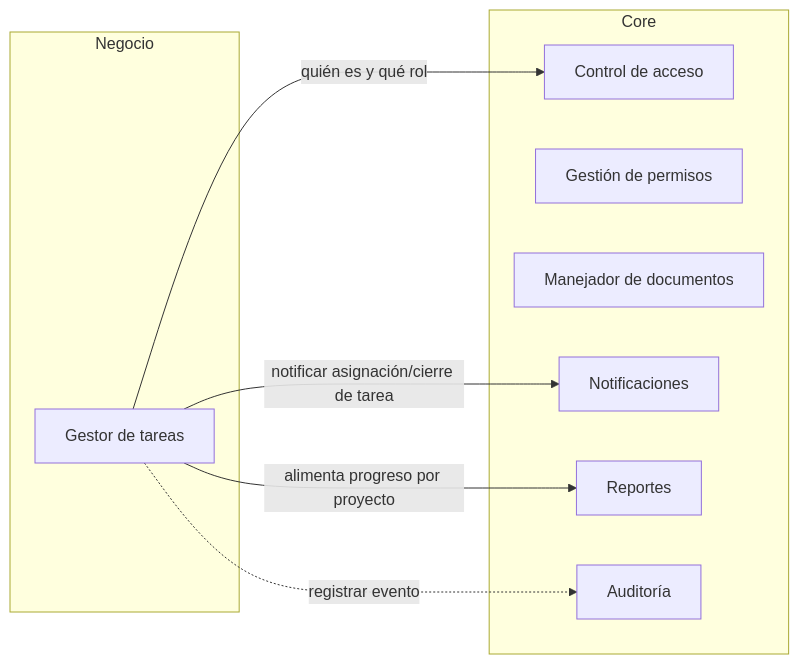
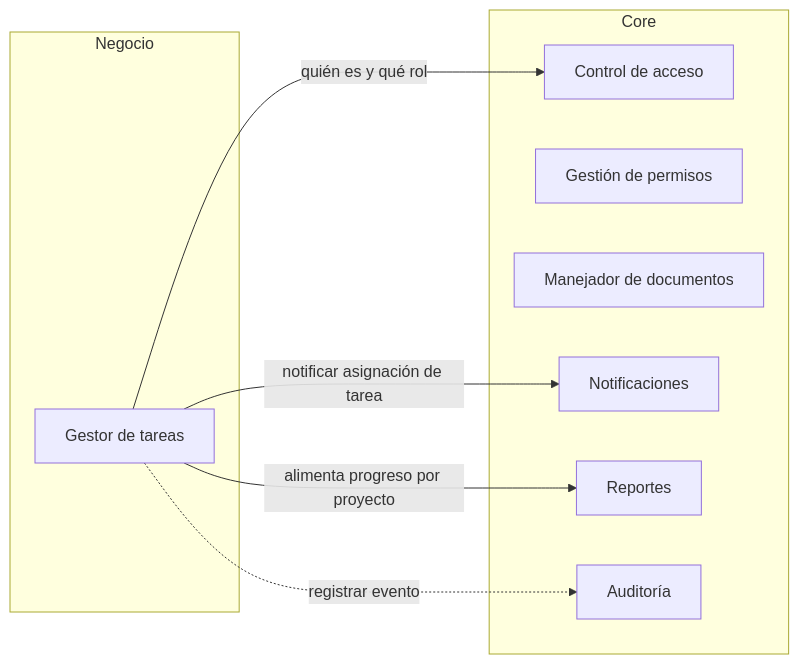
Before and after one commit to ambar-c/GestorTareasP3: the first of 2 diagrams in README.md, drawn with Mermaid. The commit also changed other lines of this file, not shown here.

````diff
--- a/README.md
+++ b/README.md
@@ -5,18 +5,18 @@
 ```mermaid
 flowchart LR
   subgraph Core
     ACC[Control de acceso]
     PERM[Gestión de permisos]
     DOC[Manejador de documentos]
     NOTI[Notificaciones]
     REP[Reportes]
     AUD[Auditoría]
   end
   subgraph Negocio
     GT[Gestor de tareas]
   end
   GT -->|quién es y qué rol| ACC
-  GT -->|notificar asignación/cierre de tarea| NOTI
+  GT -->|notificar asignación de tarea| NOTI
   GT -->|alimenta progreso por proyecto| REP
   GT -.->|registrar evento| AUD
 ```
````
